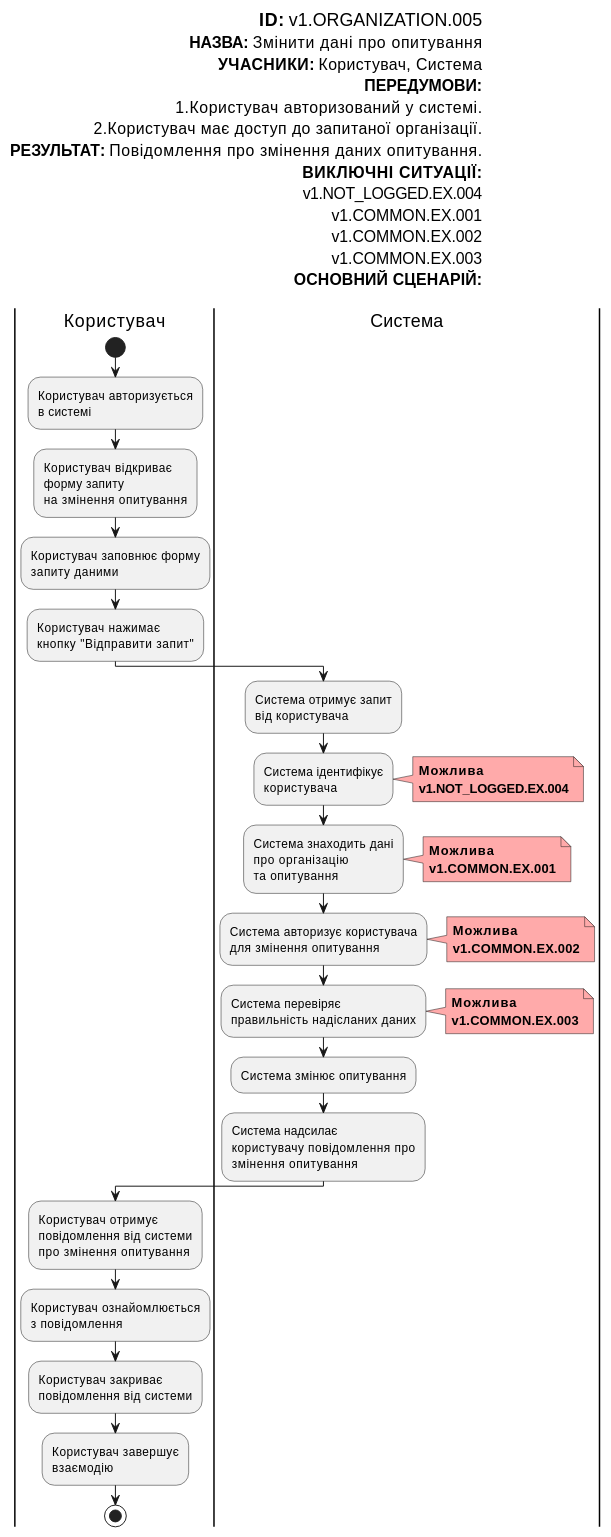
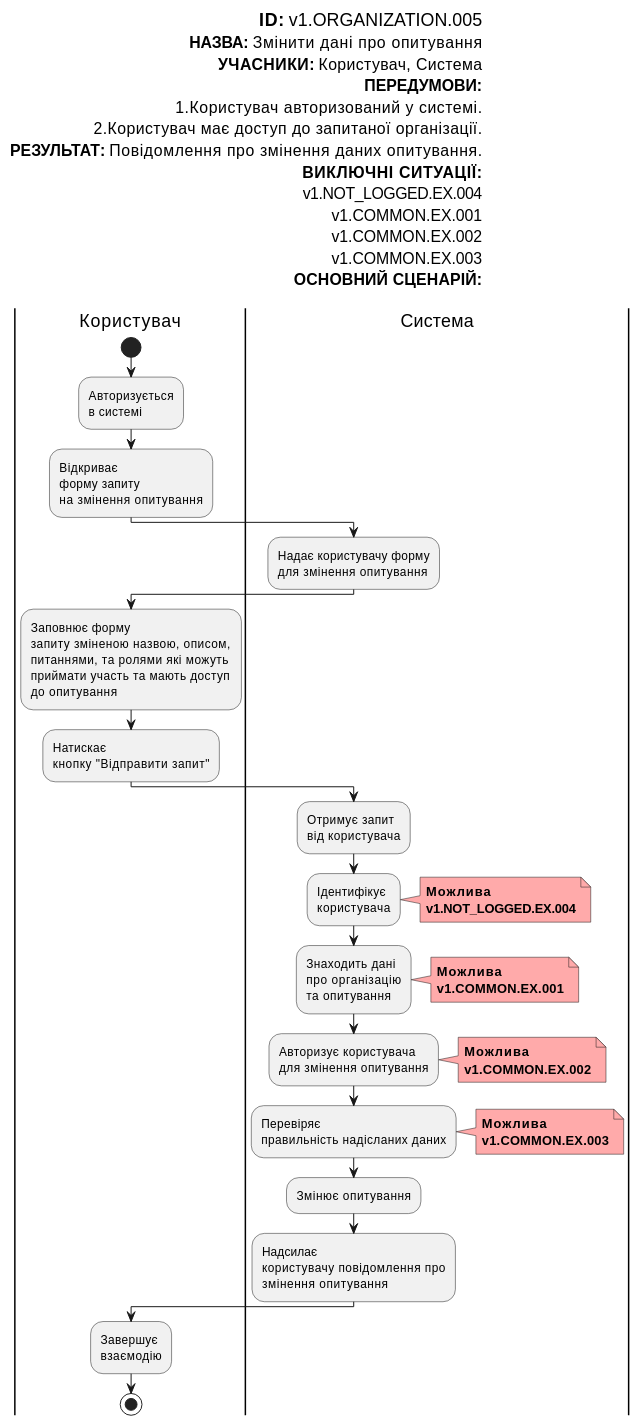
One commit to danilbezus/survey-expert changed diagram 14 of 22 in docs/use cases/README.md. Above: the diagram before and after it, drawn with PlantUML. The commit also changed other lines of this file, not shown here.

```diff
--- a/docs/use cases/README.md
+++ b/docs/use cases/README.md
@@ -586,90 +682,87 @@
   @startuml
 
-  left header
-  <font color=000 size=18><b>ID:</b> v1.ORGANIZATION.005
-  <font color=000 size=16><b>НАЗВА:</b> Змінити дані про опитування
-  <font color=000 size=16><b>УЧАСНИКИ:</b> Користувач, Система
-  <font color=000 size=16><b>ПЕРЕДУМОВИ:</b>
-  <font color=000 size=16>1.Користувач авторизований у системі.
-  <font color=000 size=16>2.Користувач має доступ до запитаної організації.
-  <font color=000 size=16><b>РЕЗУЛЬТАТ:</b> Повідомлення про змінення даних опитування.
-  <font color=000 size=16><b>ВИКЛЮЧНІ СИТУАЦІЇ:</b>
-  <font color=000 size=16>v1.NOT_LOGGED.EX.004
-  <font color=000 size=16>v1.COMMON.EX.001
-  <font color=000 size=16>v1.COMMON.EX.002
-  <font color=000 size=16>v1.COMMON.EX.003
-  <font color=000 size=16><b>ОСНОВНИЙ СЦЕНАРІЙ:</b>
+      left header
+        <font color=000 size=18><b>ID:</b> v1.ORGANIZATION.005
+        <font color=000 size=16><b>НАЗВА:</b> Змінити дані про опитування
+        <font color=000 size=16><b>УЧАСНИКИ:</b> Користувач, Система
+        <font color=000 size=16><b>ПЕРЕДУМОВИ:</b>
+        <font color=000 size=16>1.Користувач авторизований у системі.
+        <font color=000 size=16>2.Користувач має доступ до запитаної організації.
+        <font color=000 size=16><b>РЕЗУЛЬТАТ:</b> Повідомлення про змінення даних опитування.
+        <font color=000 size=16><b>ВИКЛЮЧНІ СИТУАЦІЇ:</b>
+        <font color=000 size=16>v1.NOT_LOGGED.EX.004
+        <font color=000 size=16>v1.COMMON.EX.001
+        <font color=000 size=16>v1.COMMON.EX.002
+        <font color=000 size=16>v1.COMMON.EX.003
+        <font color=000 size=16><b>ОСНОВНИЙ СЦЕНАРІЙ:</b>
+  
+      end header
 
-  end header
+      |Користувач|
+          start
+          :Авторизується
+          в системі;
+    
+          :Відкриває
+          форму запиту
+          на змінення опитування;
+      |Система|
+          :Надає користувачу форму
+          для змінення опитування;
 
-  |Користувач|
-  start
-  :Користувач авторизується
-  в системі;
+      |Користувач|      
+          :Заповнює форму
+          запиту зміненою назвою, описом,
+          питаннями, та ролями які можуть 
+          приймати участь та мають доступ
+          до опитування;
+    
+          :Натискає
+          кнопку "Відправити запит";
+  
+      |Система|
+          :Отримує запит
+          від користувача;
+    
+          :Ідентифікує
+          користувача;
+          note right #ffaaaa
+          <b>Можлива</b>
+          <b>v1.NOT_LOGGED.EX.004</b>
+          end note
+    
+          :Знаходить дані
+          про організацію
+          та опитування;
+          note right #ffaaaa
+          <b>Можлива</b>
+          <b>v1.COMMON.EX.001</b>
+          end note
+    
+          :Авторизує користувача
+          для змінення опитування;
+          note right #ffaaaa
+          <b>Можлива</b>
+          <b>v1.COMMON.EX.002</b>
+          end note
+    
+          :Перевіряє
+          правильність надісланих даних;
+          note right #ffaaaa
+          <b>Можлива</b>
+          <b>v1.COMMON.EX.003</b>
+          end note
+    
+          :Змінює опитування;
+    
+          :Надсилає
+          користувачу повідомлення про
+          змінення опитування;
+  
+      |Користувач|          
+          :Завершує
+          взаємодію;
 
-        :Користувач відкриває
-        форму запиту
-        на змінення опитування;
-
-        :Користувач заповнює форму
-        запиту даними;
-
-        :Користувач нажимає
-        кнопку "Відправити запит";
-
-  |Система|
-  :Система отримує запит
-  від користувача;
-
-        :Система ідентифікує
-        користувача;
-        note right #ffaaaa
-        <b>Можлива</b>
-        <b>v1.NOT_LOGGED.EX.004</b>
-        end note
-
-        :Система знаходить дані
-        про організацію
-        та опитування;
-        note right #ffaaaa
-        <b>Можлива</b>
-        <b>v1.COMMON.EX.001</b>
-        end note
-
-        :Система авторизує користувача
-        для змінення опитування;
-        note right #ffaaaa
-        <b>Можлива</b>
-        <b>v1.COMMON.EX.002</b>
-        end note
-
-        :Система перевіряє
-        правильність надісланих даних;
-        note right #ffaaaa
-        <b>Можлива</b>
-        <b>v1.COMMON.EX.003</b>
-        end note
-
-        :Система змінює опитування;
-
-        :Система надсилає
-        користувачу повідомлення про
-        змінення опитування;
-
-  |Користувач|
-  :Користувач отримує
-  повідомлення від системи
-  про змінення опитування;
-
-        :Користувач ознайомлюється
-        з повідомлення;
-
-        :Користувач закриває
-        повідомлення від системи;
-
-        :Користувач завершує
-        взаємодію;
-
-  stop;
+          stop;
 
   @enduml
```
